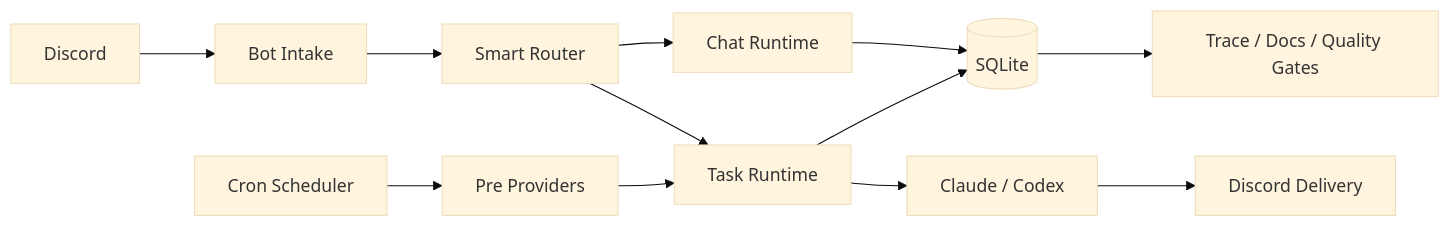
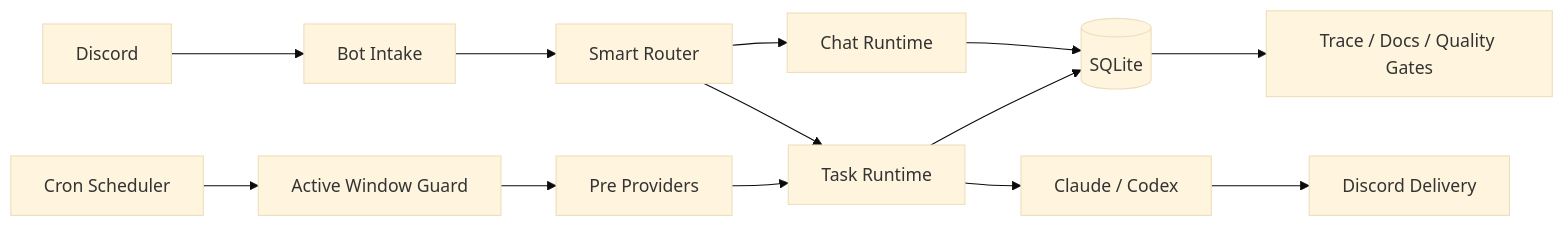
The first of 2 diagrams in website/en/index.md (yuanyunfan/miniclaw), drawn with Mermaid (base theme) before and after one commit. The commit also changed other lines of this file and 19 other files, not shown here.

Commit message:
feat: add cron active window guard

````diff
--- a/website/en/index.md
+++ b/website/en/index.md
@@ -24,14 +24,15 @@
 ```mermaid
 flowchart LR
   Discord[Discord] --> Intake[Bot Intake]
   Intake --> Router[Smart Router]
   Router --> Chat[Chat Runtime]
   Router --> Task[Task Runtime]
-  Cron[Cron Scheduler] --> Providers[Pre Providers]
+  Cron[Cron Scheduler] --> ActiveWindow[Active Window Guard]
+  ActiveWindow --> Providers[Pre Providers]
   Providers --> Task
   Task --> Agents[Claude / Codex]
   Chat --> Store[(SQLite)]
   Task --> Store
   Agents --> Delivery[Discord Delivery]
   Store --> Quality[Trace / Docs / Quality Gates]
 ```
````
